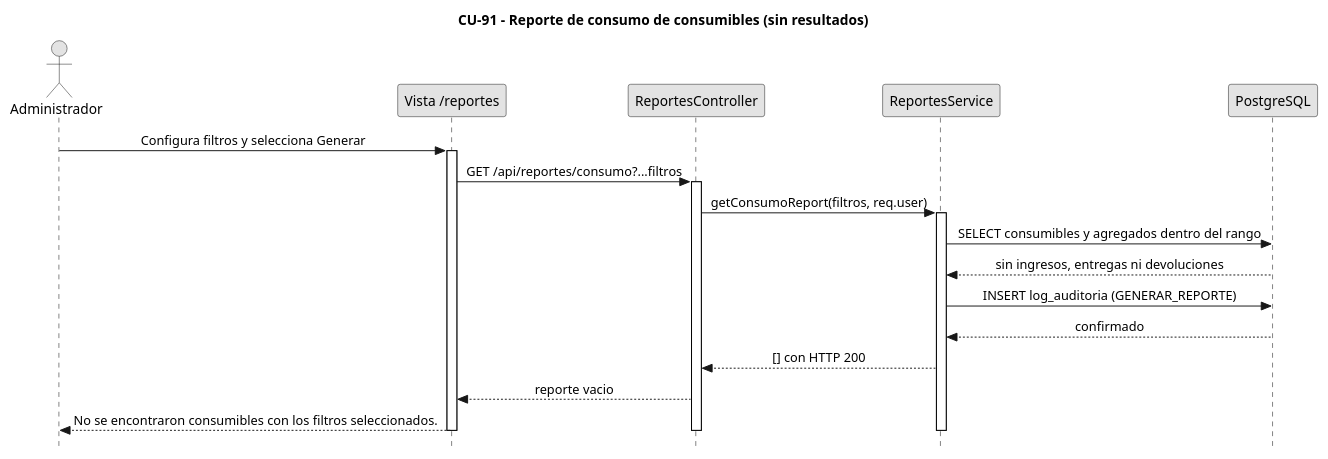
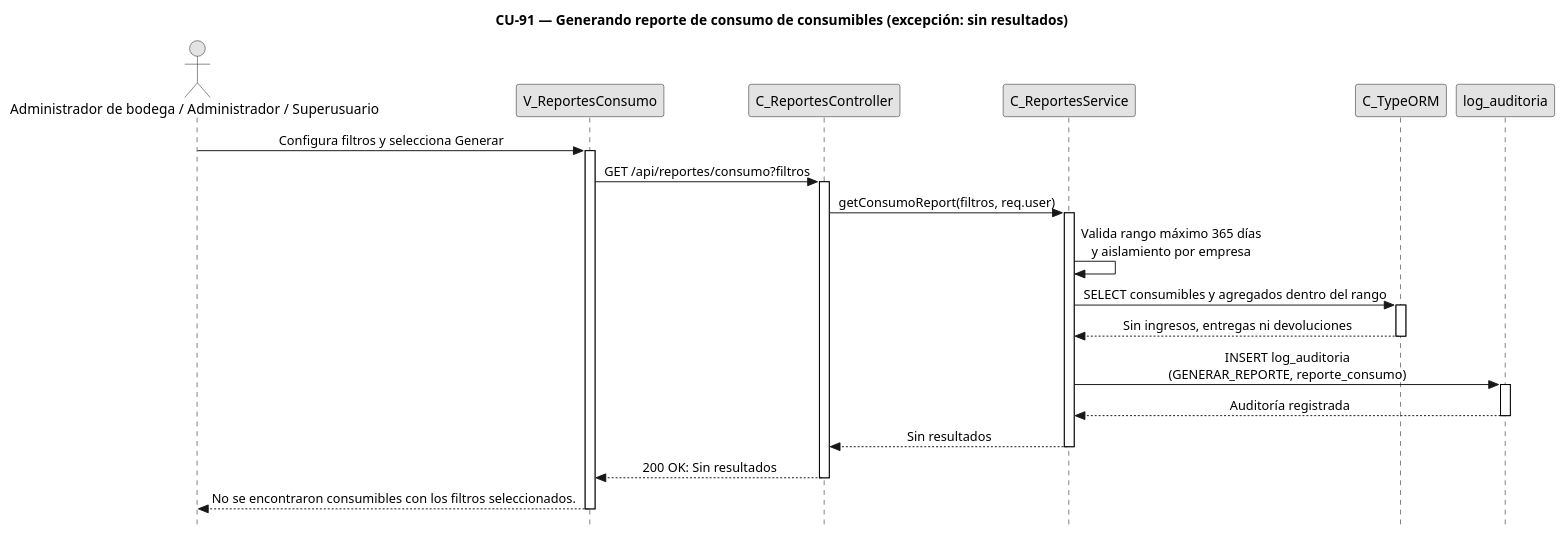
The diagram in diagramas/diagramas-secuencia/CU91/CU91-exc-sin-consumibles.puml (FSM-Finet-y-Cable-Magico/Team_1-Inventario-y-Bodega), drawn with PlantUML before and after one commit. The commit also changed 35 other files, not shown here.

Commit message:
Arreglo de diagramas

```diff
--- a/diagramas/diagramas-secuencia/CU91/CU91-exc-sin-consumibles.puml
+++ b/diagramas/diagramas-secuencia/CU91/CU91-exc-sin-consumibles.puml
@@ -1,41 +1,48 @@
-@startuml CU91-Consumo-Consumibles-Excepcion
-title CU-91 - Reporte de consumo de consumibles (sin resultados)
+@startuml CU91-exc-sin-consumibles
+title CU-91 — Generando reporte de consumo de consumibles (excepción: sin resultados)
+
 skinparam style strictuml
 skinparam monochrome true
 skinparam shadowing false
-skinparam sequenceMessageAlign center
 <style>
 sequenceDiagram {
-	participant { Margin 35 }
-	actor { Margin 15 }
+  participant { Margin 25 }
+  actor { Margin 20 }
 }
 </style>
 skinparam sequence {
 	MessageAlign center
 	LifeLineBorderColor black
 }
 hide footbox
 
-actor Administrador as Usuario
-participant "Vista /reportes" as V
-participant "ReportesController" as C
-participant "ReportesService" as SVC
-participant "PostgreSQL" as DB
+actor "Administrador de bodega / Administrador / Superusuario" as user
+participant "V_ReportesConsumo" as view
+participant "C_ReportesController" as ctrl
+participant "C_ReportesService" as svc
+participant "C_TypeORM" as orm
+participant "log_auditoria" as aent
 
-Usuario -> V : Configura filtros y selecciona Generar
-activate V
-V -> C : GET /api/reportes/consumo?...filtros
-activate C
-C -> SVC : getConsumoReport(filtros, req.user)
-activate SVC
-SVC -> DB : SELECT consumibles y agregados dentro del rango
-DB --> SVC : sin ingresos, entregas ni devoluciones
-SVC -> DB : INSERT log_auditoria (GENERAR_REPORTE)
-DB --> SVC : confirmado
-SVC --> C : [] con HTTP 200
-C --> V : reporte vacio
-V --> Usuario : No se encontraron consumibles con los filtros seleccionados.
-deactivate SVC
-deactivate C
-deactivate V
+user -> view : Configura filtros y selecciona Generar
+activate view
+view -> ctrl : GET /api/reportes/consumo?filtros
+activate ctrl
+ctrl -> svc : getConsumoReport(filtros, req.user)
+activate svc
+svc -> svc : Valida rango máximo 365 días\ny aislamiento por empresa
+svc -> orm : SELECT consumibles y agregados dentro del rango
+activate orm
+orm --> svc : Sin ingresos, entregas ni devoluciones
+deactivate orm
+svc -> aent : INSERT log_auditoria\n(GENERAR_REPORTE, reporte_consumo)
+activate aent
+aent --> svc : Auditoría registrada
+deactivate aent
+svc --> ctrl : Sin resultados
+deactivate svc
+ctrl --> view : 200 OK: Sin resultados
+deactivate ctrl
+view --> user : No se encontraron consumibles con los filtros seleccionados.
+deactivate view
+
 @enduml
```
